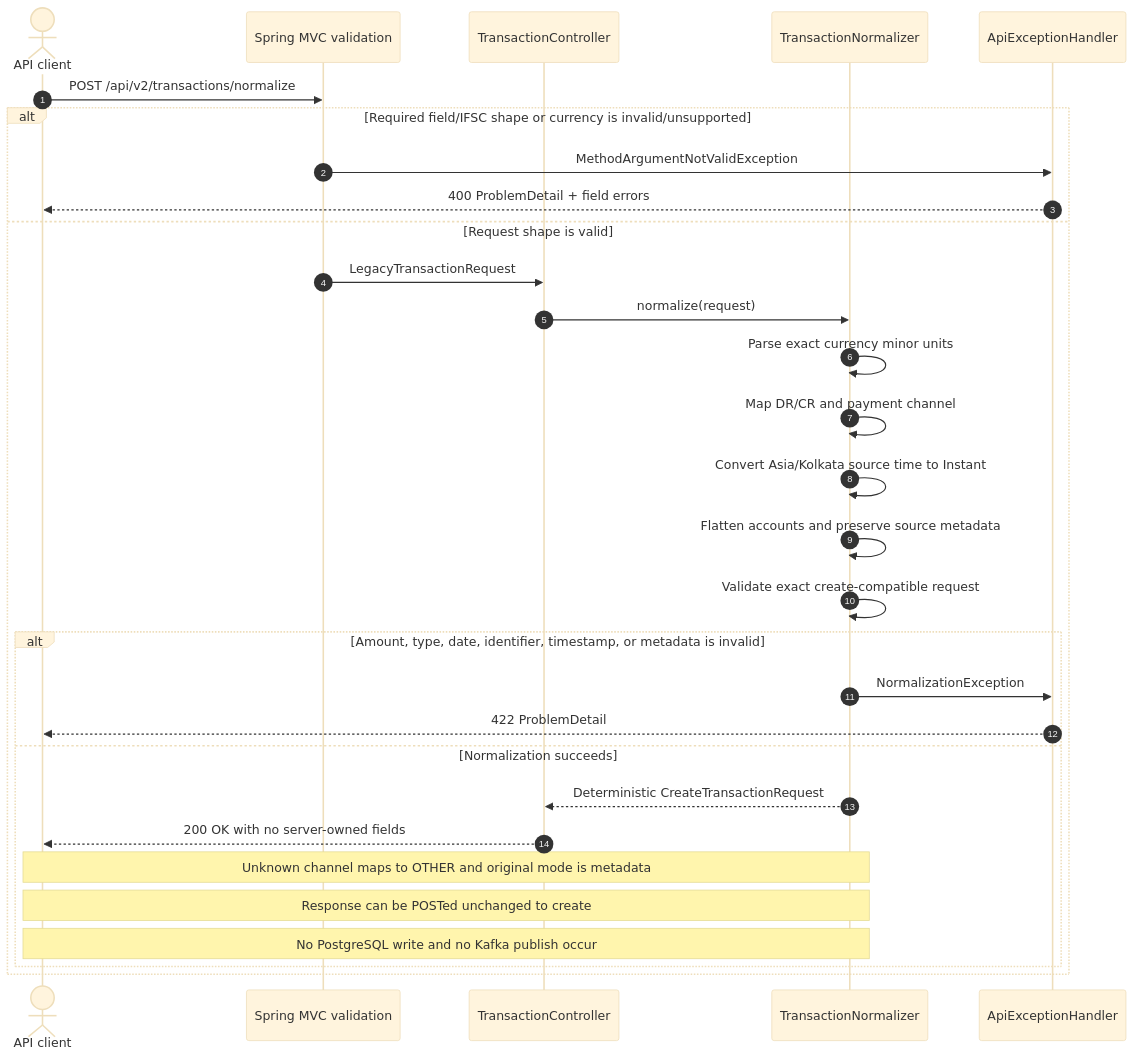
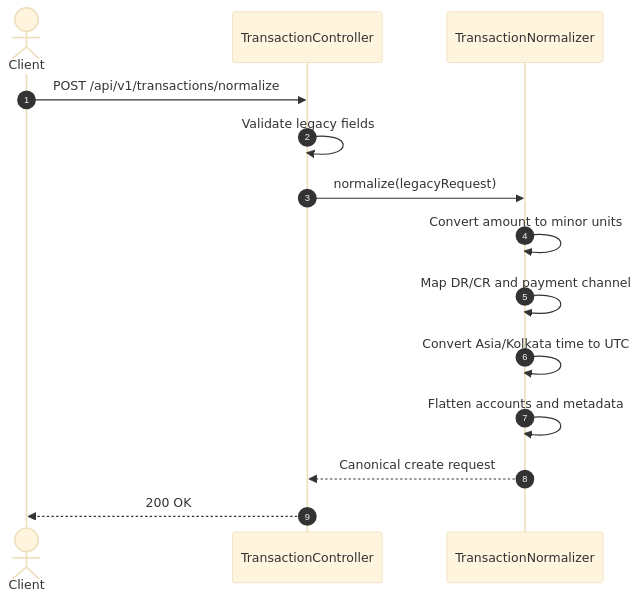
One commit to tarunngusain08/transaction-outbox-service changed the third of 4 diagrams in docs/sequence-diagrams.md. Above: the diagram before and after it, drawn with Mermaid (base theme). The commit also changed other lines of this file and 107 other files, not shown here.

````diff
--- a/docs/sequence-diagrams.md
+++ b/docs/sequence-diagrams.md
@@ -247,33 +61,17 @@
 ```mermaid
 sequenceDiagram
     autonumber
-    actor Client as API client
-    participant MVC as Spring MVC validation
-    participant Controller as TransactionController
+    actor Client
+    participant API as TransactionController
     participant Normalizer as TransactionNormalizer
-    participant Handler as ApiExceptionHandler
 
-    Client->>MVC: POST /api/v2/transactions/normalize
-    alt Required field/IFSC shape or currency is invalid/unsupported
-        MVC->>Handler: MethodArgumentNotValidException
-        Handler-->>Client: 400 ProblemDetail + field errors
-    else Request shape is valid
-        MVC->>Controller: LegacyTransactionRequest
-        Controller->>Normalizer: normalize(request)
-        Normalizer->>Normalizer: Parse exact currency minor units
-        Normalizer->>Normalizer: Map DR/CR and payment channel
-        Normalizer->>Normalizer: Convert Asia/Kolkata source time to Instant
-        Normalizer->>Normalizer: Flatten accounts and preserve source metadata
-        Normalizer->>Normalizer: Validate exact create-compatible request
-        alt Amount, type, date, identifier, timestamp, or metadata is invalid
-            Normalizer->>Handler: NormalizationException
-            Handler-->>Client: 422 ProblemDetail
-        else Normalization succeeds
-            Normalizer-->>Controller: Deterministic CreateTransactionRequest
-            Controller-->>Client: 200 OK with no server-owned fields
-            Note over Client,Normalizer: Unknown channel maps to OTHER and original mode is metadata
-            Note over Client,Normalizer: Response can be POSTed unchanged to create
-            Note over Client,Normalizer: No PostgreSQL write and no Kafka publish occur
-        end
-    end
+    Client->>API: POST /api/v1/transactions/normalize
+    API->>API: Validate legacy fields
+    API->>Normalizer: normalize(legacyRequest)
+    Normalizer->>Normalizer: Convert amount to minor units
+    Normalizer->>Normalizer: Map DR/CR and payment channel
+    Normalizer->>Normalizer: Convert Asia/Kolkata time to UTC
+    Normalizer->>Normalizer: Flatten accounts and metadata
+    Normalizer-->>API: Canonical create request
+    API-->>Client: 200 OK
 ```
````
